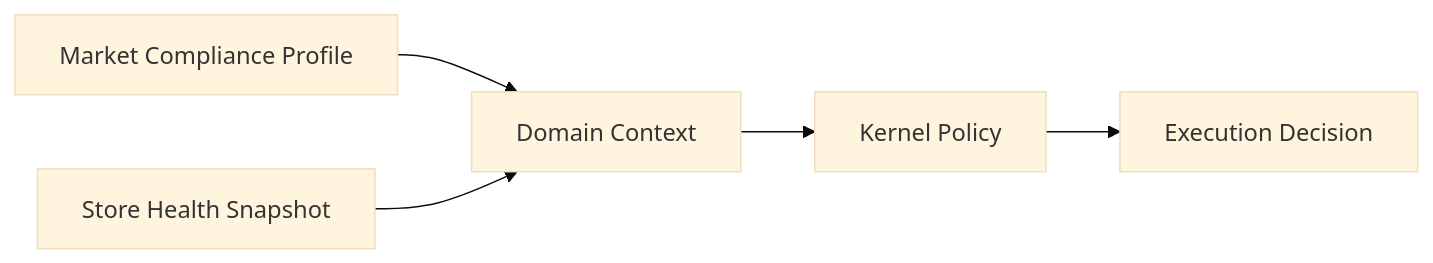
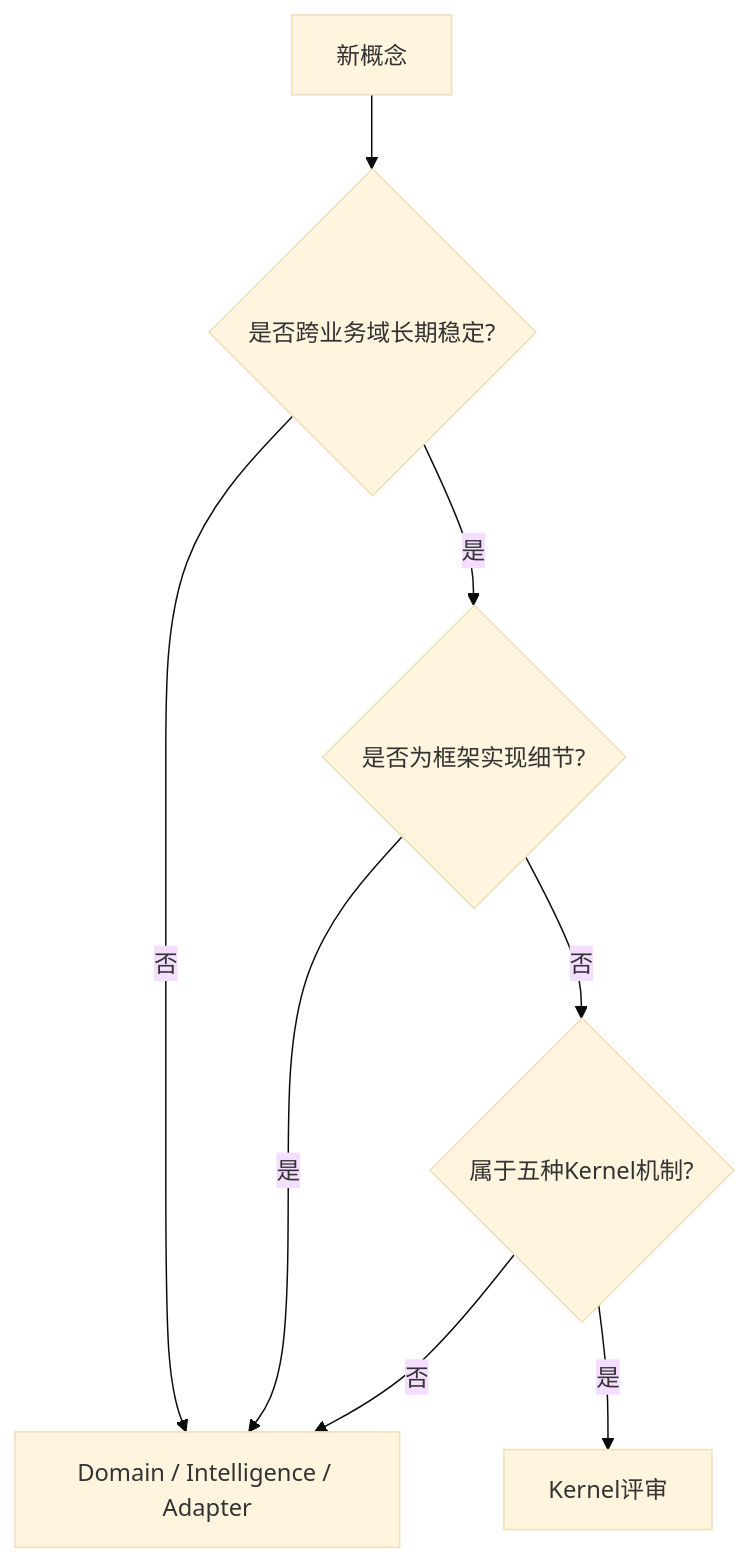
One commit to SONG-36/TK_Video_Intelligence_Workbench changed the second of 2 diagrams in architecture/01_PLATFORM_ARCHITECTURE.md. Above: the diagram before and after it, drawn with Mermaid (base theme). The commit also changed other lines of this file and 8 other files, not shown here.

````diff
--- a/architecture/01_PLATFORM_ARCHITECTURE.md
+++ b/architecture/01_PLATFORM_ARCHITECTURE.md
@@ -148,13 +147,10 @@
 ```mermaid
-flowchart LR
-    M[Market Compliance Profile]
-    S[Store Health Snapshot]
-    D[Domain Context]
-    P[Kernel Policy]
-    E[Execution Decision]
-
-    M --> D
-    S --> D
-    D --> P
-    P --> E
+flowchart TB
+    A[新概念] --> B{是否跨业务域长期稳定?}
+    B -- 否 --> C[Domain / Intelligence / Adapter]
+    B -- 是 --> D{是否为框架实现细节?}
+    D -- 是 --> C
+    D -- 否 --> E{属于五种Kernel机制?}
+    E -- 是 --> F[Kernel评审]
+    E -- 否 --> C
 ```
````
